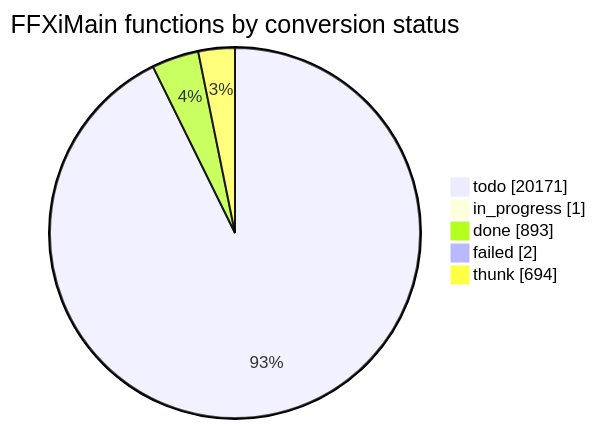
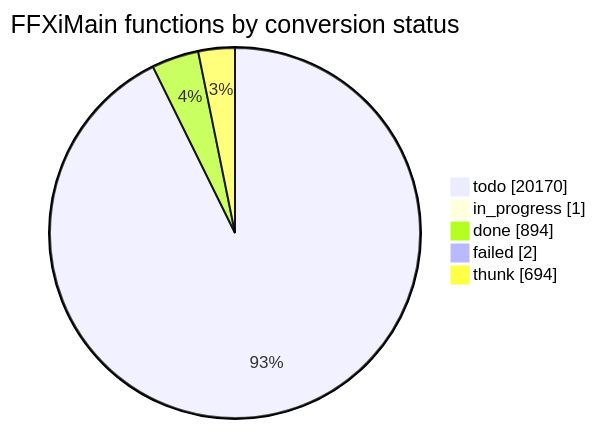
Before and after one commit to cowrevenge/cow_kuluu_xi_anything: the diagram in docs/cow/STATUS.md, drawn with Mermaid. The commit also changed other lines of this file and 9 other files, not shown here.

````diff
--- a/docs/cow/STATUS.md
+++ b/docs/cow/STATUS.md
@@ -18,9 +18,9 @@
 ```mermaid
 pie showData
     title FFXiMain functions by conversion status
-    "todo" : 20171
+    "todo" : 20170
     "in_progress" : 1
-    "done" : 893
+    "done" : 894
     "failed" : 2
     "thunk" : 694
 ```
````
